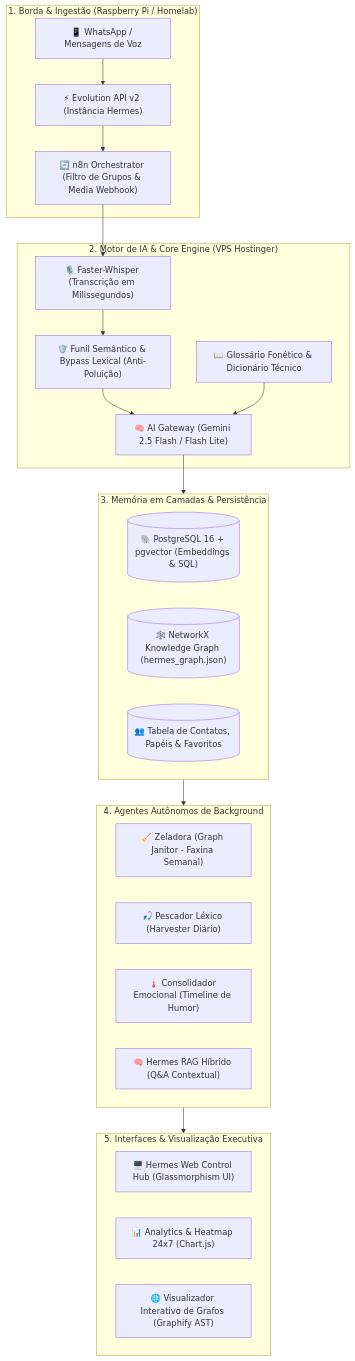
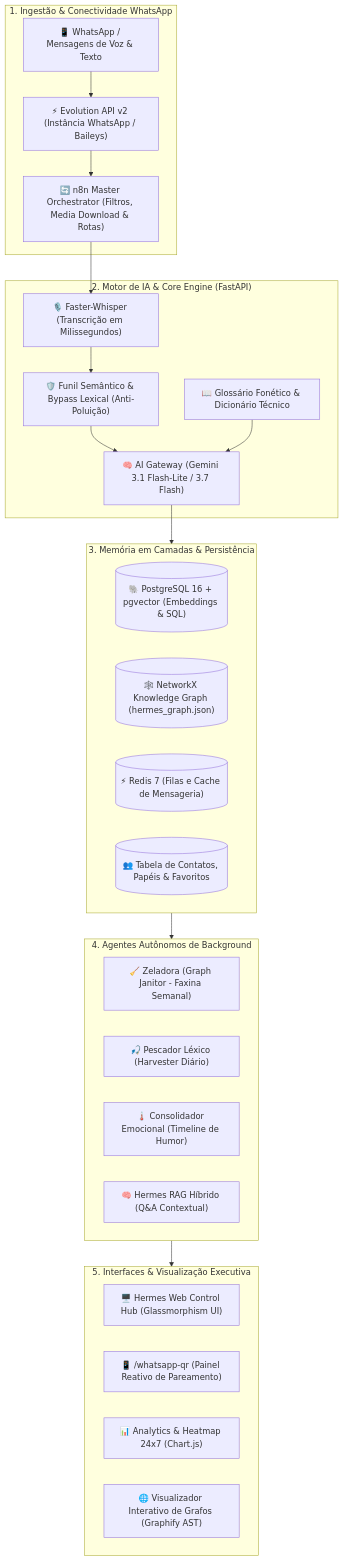
Before and after one commit to brunocorisco86/whisperzap: the diagram in README.md, drawn with Mermaid. The commit also changed other lines of this file and 4 other files, not shown here.

Commit message:
docs: modernize architecture to cloud-agnostic standalone containers and k8s

````diff
--- a/README.md
+++ b/README.md
@@ -79,44 +79,46 @@
 ```mermaid
 flowchart TD
-    subgraph EdgeLayer["1. Borda & Ingestão (Raspberry Pi / Homelab)"]
-        WA["📱 WhatsApp / Mensagens de Voz"]
-        EVO["⚡ Evolution API v2 (Instância Hermes)"]
-        N8N["🔄 n8n Orchestrator (Filtro de Grupos & Media Webhook)"]
+    subgraph IngestionLayer["1. Ingestão & Conectividade WhatsApp"]
+        WA["📱 WhatsApp / Mensagens de Voz & Texto"]
+        EVO["⚡ Evolution API v2 (Instância WhatsApp / Baileys)"]
+        N8N["🔄 n8n Master Orchestrator (Filtros, Media Download & Rotas)"]
     end
 
-    subgraph APILayer["2. Motor de IA & Core Engine (VPS Hostinger)"]
+    subgraph APILayer["2. Motor de IA & Core Engine (FastAPI)"]
         WHISPER["🎙️ Faster-Whisper (Transcrição em Milissegundos)"]
         BYPASS["🛡️ Funil Semântico & Bypass Lexical (Anti-Poluição)"]
-        AIGATEWAY["🧠 AI Gateway (Gemini 2.5 Flash / Flash Lite)"]
+        AIGATEWAY["🧠 AI Gateway (Gemini 3.1 Flash-Lite / 3.7 Flash)"]
         LEXICAL["📖 Glossário Fonético & Dicionário Técnico"]
     end
 
     subgraph StorageLayer["3. Memória em Camadas & Persistência"]
         PG[("🐘 PostgreSQL 16 + pgvector (Embeddings & SQL)")]
         NX[("🕸️ NetworkX Knowledge Graph (hermes_graph.json)")]
+        REDIS[("⚡ Redis 7 (Filas e Cache de Mensageria)")]
         CONTACTS[("👥 Tabela de Contatos, Papéis & Favoritos")]
     end
 
     subgraph AutonomousLayer["4. Agentes Autônomos de Background"]
         JANITOR["🧹 Zeladora (Graph Janitor - Faxina Semanal)"]
         HARVESTER["🎣 Pescador Léxico (Harvester Diário)"]
         SENTIMENT["🌡️ Consolidador Emocional (Timeline de Humor)"]
         HERMES_RAG["🧠 Hermes RAG Híbrido (Q&A Contextual)"]
     end
 
     subgraph Interfaces["5. Interfaces & Visualização Executiva"]
         HUB["🖥️ Hermes Web Control Hub (Glassmorphism UI)"]
+        QR_PAGE["📱 /whatsapp-qr (Painel Reativo de Pareamento)"]
         DASH["📊 Analytics & Heatmap 24x7 (Chart.js)"]
         GRAPH_VIZ["🌐 Visualizador Interativo de Grafos (Graphify AST)"]
     end
 
     WA --> EVO
     EVO --> N8N
     N8N --> WHISPER
     WHISPER --> BYPASS
     BYPASS --> AIGATEWAY
     LEXICAL --> AIGATEWAY
     AIGATEWAY --> StorageLayer
     StorageLayer --> AutonomousLayer
     AutonomousLayer --> Interfaces
 ```
````
